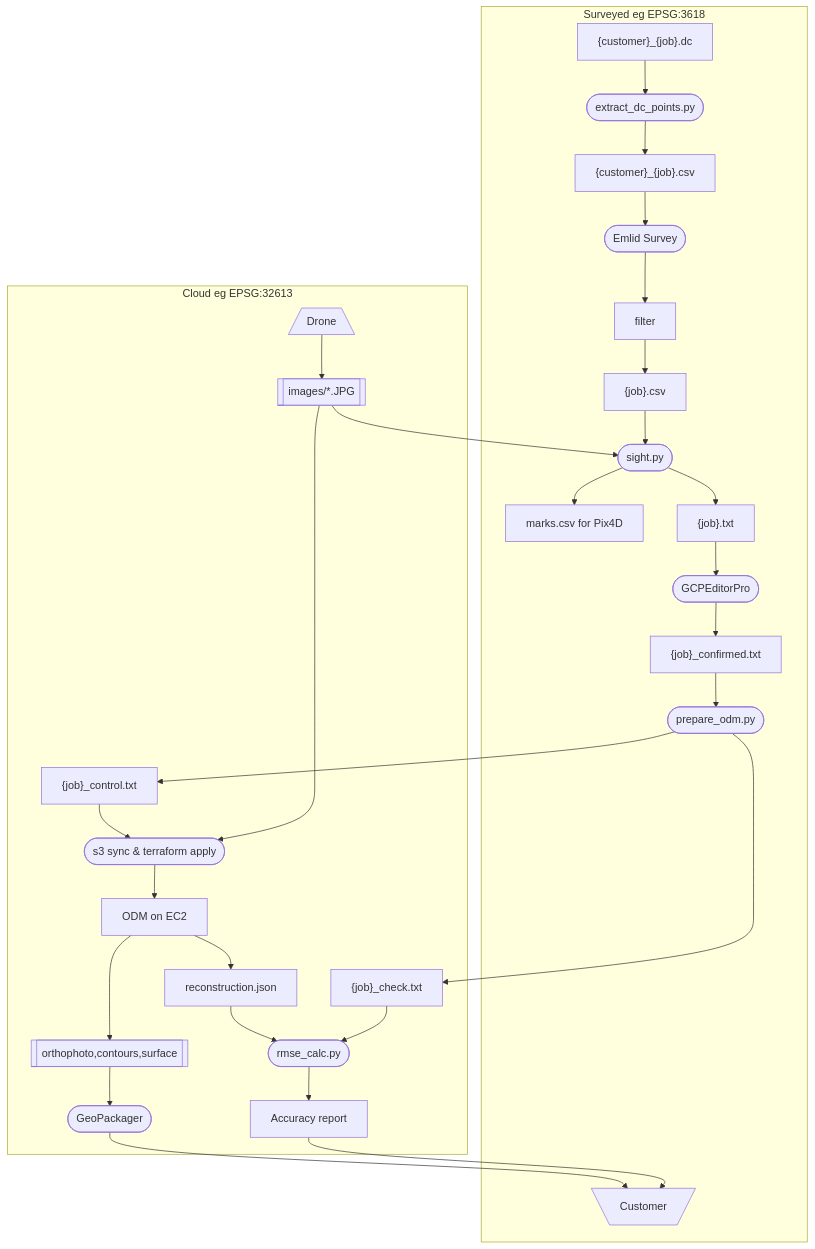
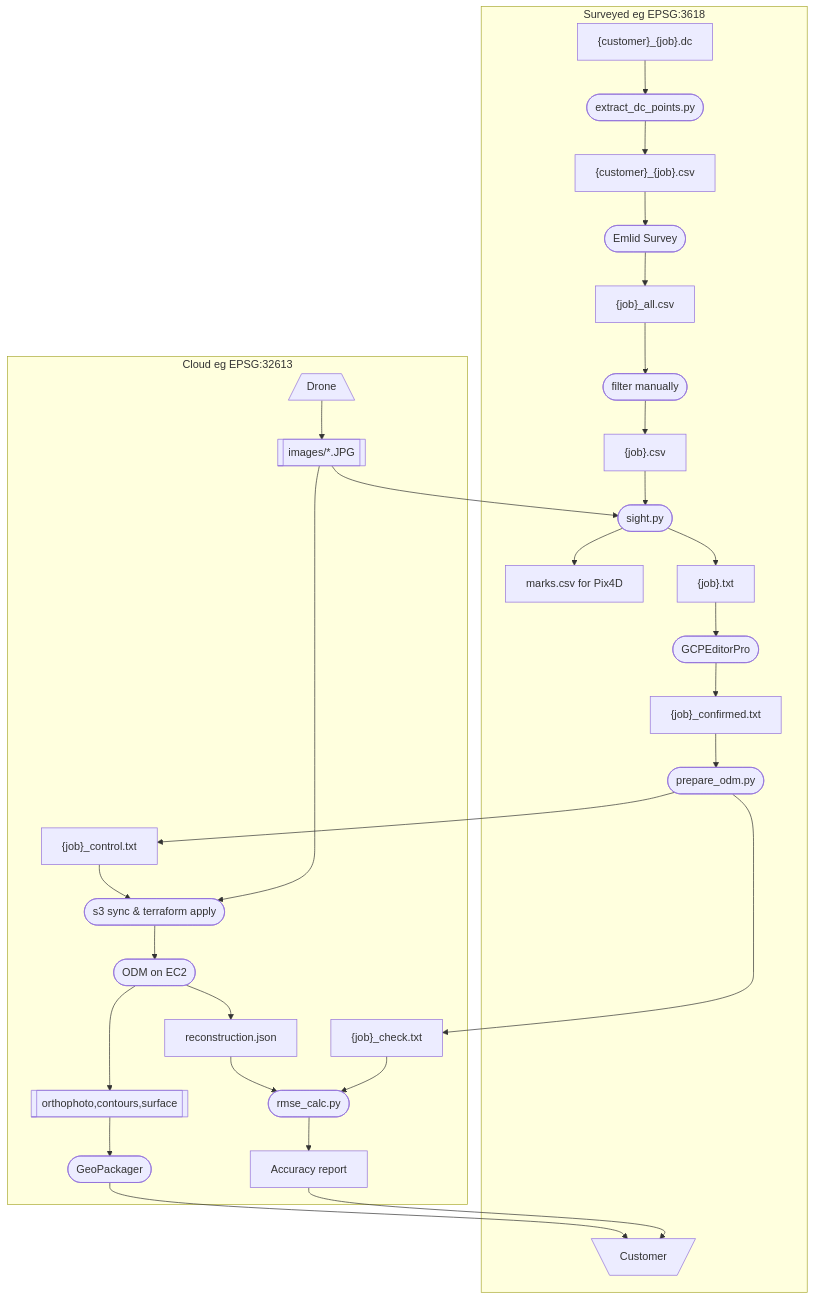
One commit to jrstear/geo changed the diagram in docs/odm-workflow.md. Above: the diagram before and after it, drawn with Mermaid. The commit also changed other lines of this file, not shown here.

First line of the commit message:
docs: odm-workflow.md — remove all job-specific content

````diff
--- a/docs/odm-workflow.md
+++ b/docs/odm-workflow.md
@@ -9,55 +9,56 @@
 ```mermaid
 flowchart TD
     cust_dc["{customer}_{job}.dc"]
     extract(["extract_dc_points.py"])
     cust_csv["{customer}_{job}.csv"]
     emlid(["Emlid Survey"])
-    filter
+    all["{job}_all.csv"]
+    filter(["filter manually"])
     filtered["{job}.csv"]
     sight(["sight.py"])
     marks["marks.csv for Pix4D"]
     targets["{job}.txt"]
     gcpeditor(["GCPEditorPro"])
     confirmed["{job}_confirmed.txt"]
     prepare(["prepare_odm.py"])
     control["{job}_control.txt"]
     check["{job}_check.txt"]
     s3(["s3 sync & terraform apply"])
-    odm["ODM on EC2"]
+    odm(["ODM on EC2"])
     rmse(["rmse_calc.py"])
     drone[/"Drone"\]
     images[["images/*.JPG"]]
     deliverables[["orthophoto,contours,surface"]]
     packager(["GeoPackager"])
     report["Accuracy report"]
     model["reconstruction.json"]
     customer[\"Customer"/]
 
 	subgraph Surveyed eg EPSG:3618
 	    cust_dc --> extract --> cust_csv --> emlid
-	    emlid --> filter --> filtered
+	    emlid --> all --> filter --> filtered
 	    filtered --> sight --> targets
 	    sight --> marks
 	    targets --> gcpeditor
 	    gcpeditor --> confirmed
 	    confirmed --> prepare
 	    customer
 	end
     
     subgraph Cloud eg EPSG:32613
 	    drone --> images
 	    prepare --> control
 	    prepare --> check
 	    control --> s3
 	    s3 --> odm --> deliverables
 	    odm --> model --> rmse
 	    check --> rmse --> report
             deliverables --> packager
 	end
 
     images --> sight
     images --> s3
     packager --> customer
     report --> customer
 
 ```
````
